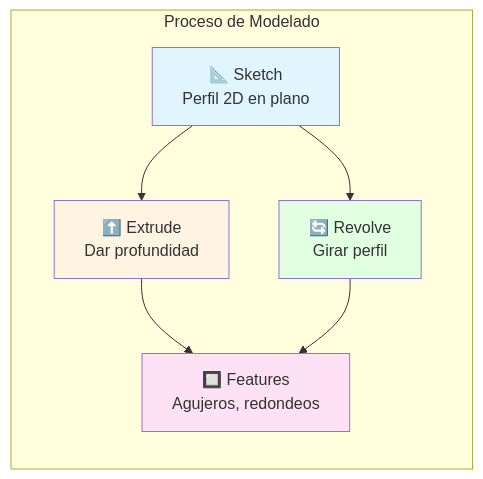
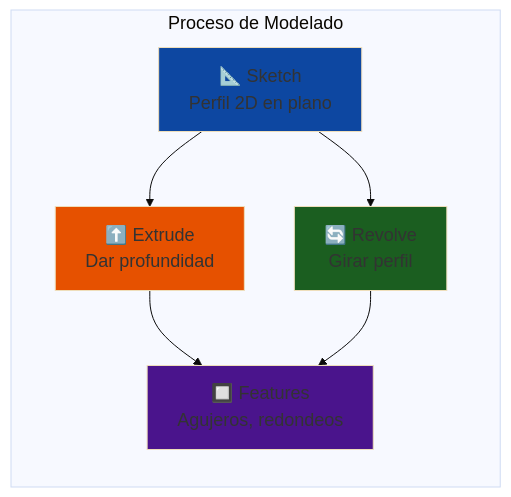
One commit to Ai-Whisperers/Courses-Content changed the third of 10 diagrams in courses/🟡-development/FPUNA-2026/03-INGENIERIA-AERONAUTICA/01-cad-ia.md. Above: the diagram before and after it, drawn with Mermaid. The commit also changed other lines of this file and 47 other files, not shown here.

First line of the commit message:
fix: Make all 473 diagrams WCAG AAA accessible (FPUNA-2026)

````diff
--- a/courses/🟡-development/FPUNA-2026/03-INGENIERIA-AERONAUTICA/01-cad-ia.md
+++ b/courses/🟡-development/FPUNA-2026/03-INGENIERIA-AERONAUTICA/01-cad-ia.md
@@ -224,19 +226,20 @@
 ```mermaid
+%%{init: {'theme':'base', 'themeVariables': {'fontSize':'18px'}}}%%
 graph LR
     subgraph "Proceso de Modelado"
         A[📐 Sketch<br/>Perfil 2D en plano]
         B[⬆️ Extrude<br/>Dar profundidad]
         C[🔄 Revolve<br/>Girar perfil]
         D[🔲 Features<br/>Agujeros, redondeos]
         
         A --> B
         A --> C
         B --> D
         C --> D
     end
     
-    style A fill:#E1F5FF
-    style B fill:#FFF4E1
-    style C fill:#E1FFE1
-    style D fill:#FFE1F5
+    style A fill:#0d47a1
+    style B fill:#e65100
+    style C fill:#1b5e20
+    style D fill:#4a148c
 ```
````
